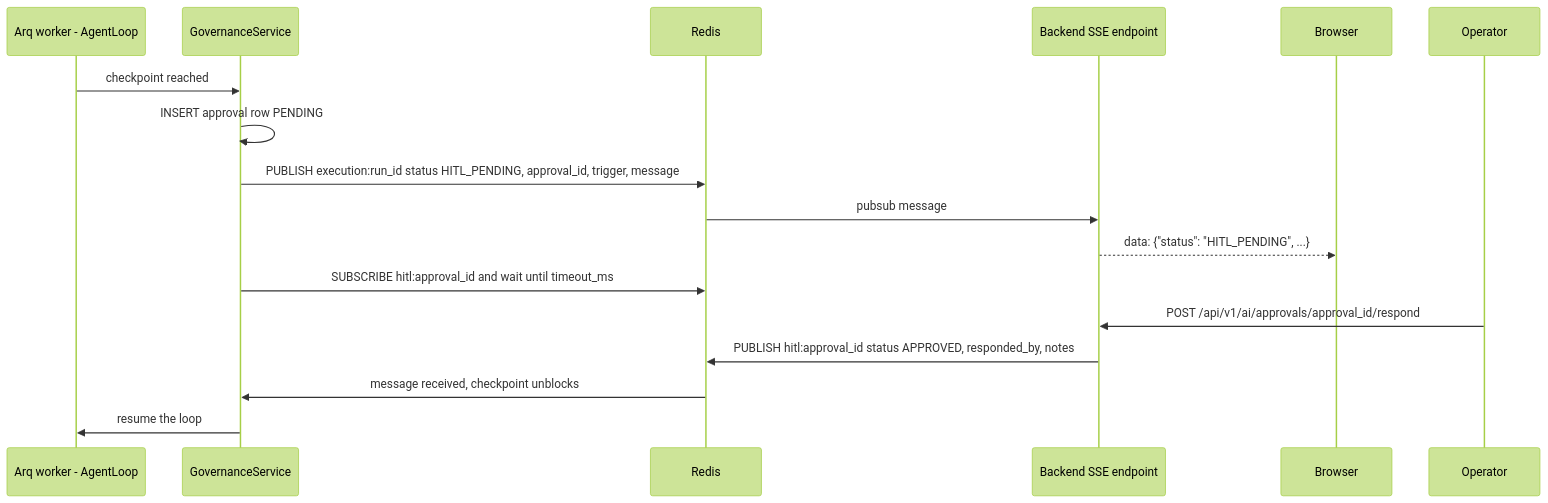
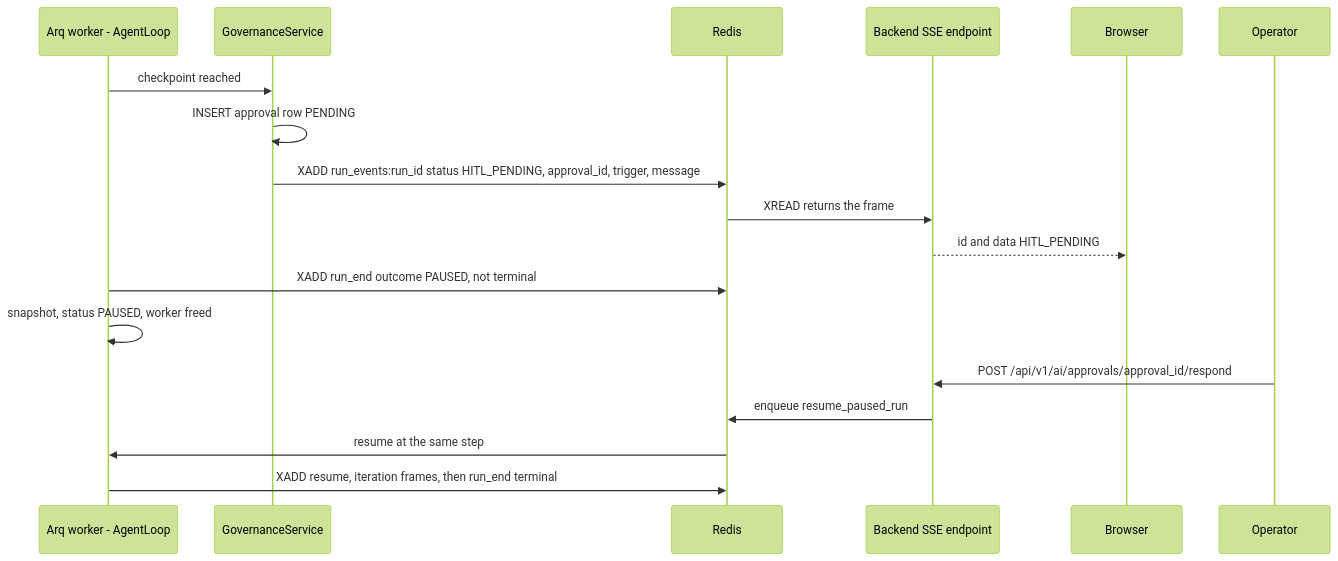
Before and after one commit to gondolerahul/hire-buddha-app: the eighth of 14 diagrams in docs/current/13-gateway-and-realtime.md, drawn with Mermaid (forest theme). The commit also changed other lines of this file and 31 other files, not shown here.

````diff
--- a/docs/current/13-gateway-and-realtime.md
+++ b/docs/current/13-gateway-and-realtime.md
@@ -700,20 +719,21 @@
 ```mermaid
 sequenceDiagram
     participant W as Arq worker - AgentLoop
     participant G as GovernanceService
     participant R as Redis
     participant BE as Backend SSE endpoint
     participant BR as Browser
     participant OP as Operator
 
     W->>G: checkpoint reached
     G->>G: INSERT approval row PENDING
-    G->>R: PUBLISH execution:run_id status HITL_PENDING, approval_id, trigger, message
-    R->>BE: pubsub message
-    BE-->>BR: data: {"status": "HITL_PENDING", ...}
-    G->>R: SUBSCRIBE hitl:approval_id and wait until timeout_ms
+    G->>R: XADD run_events:run_id status HITL_PENDING, approval_id, trigger, message
+    R->>BE: XREAD returns the frame
+    BE-->>BR: id and data HITL_PENDING
+    W->>R: XADD run_end outcome PAUSED, not terminal
+    W->>W: snapshot, status PAUSED, worker freed
     OP->>BE: POST /api/v1/ai/approvals/approval_id/respond
-    BE->>R: PUBLISH hitl:approval_id status APPROVED, responded_by, notes
-    R->>G: message received, checkpoint unblocks
-    G->>W: resume the loop
+    BE->>R: enqueue resume_paused_run
+    R->>W: resume at the same step
+    W->>R: XADD resume, iteration frames, then run_end terminal
 ```
````
